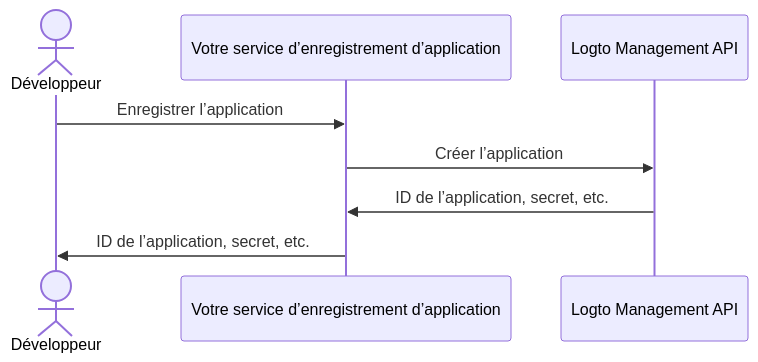
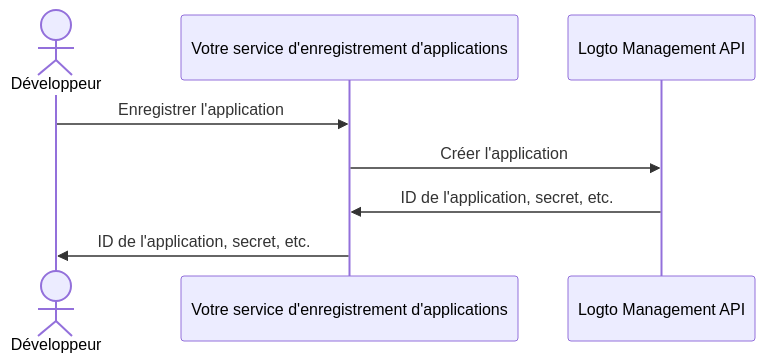
One commit to logto-io/docs changed the diagram in i18n/fr/docusaurus-plugin-content-docs/current/use-cases/ai/fragments/_configure-third-party-ai-agent.mdx. Above: the diagram before and after it, drawn with Mermaid. The commit also changed other lines of this file and 117 other files, not shown here.

````diff
--- a/i18n/fr/docusaurus-plugin-content-docs/current/use-cases/ai/fragments/_configure-third-party-ai-agent.mdx
+++ b/i18n/fr/docusaurus-plugin-content-docs/current/use-cases/ai/fragments/_configure-third-party-ai-agent.mdx
@@ -13,10 +19,10 @@
 ```mermaid
 sequenceDiagram
   actor Développeur
-  participant Serveur as Votre service d’enregistrement d’application
+  participant Serveur as Votre service d'enregistrement d'applications
   participant Logto as Logto Management API
-  Développeur->>Serveur: Enregistrer l’application
-  Serveur->>Logto: Créer l’application
-  Logto->>Serveur: ID de l’application, secret, etc.
-  Serveur->>Développeur: ID de l’application, secret, etc.
+  Développeur->>Serveur: Enregistrer l'application
+  Serveur->>Logto: Créer l'application
+  Logto->>Serveur: ID de l'application, secret, etc.
+  Serveur->>Développeur: ID de l'application, secret, etc.
 ```
````
